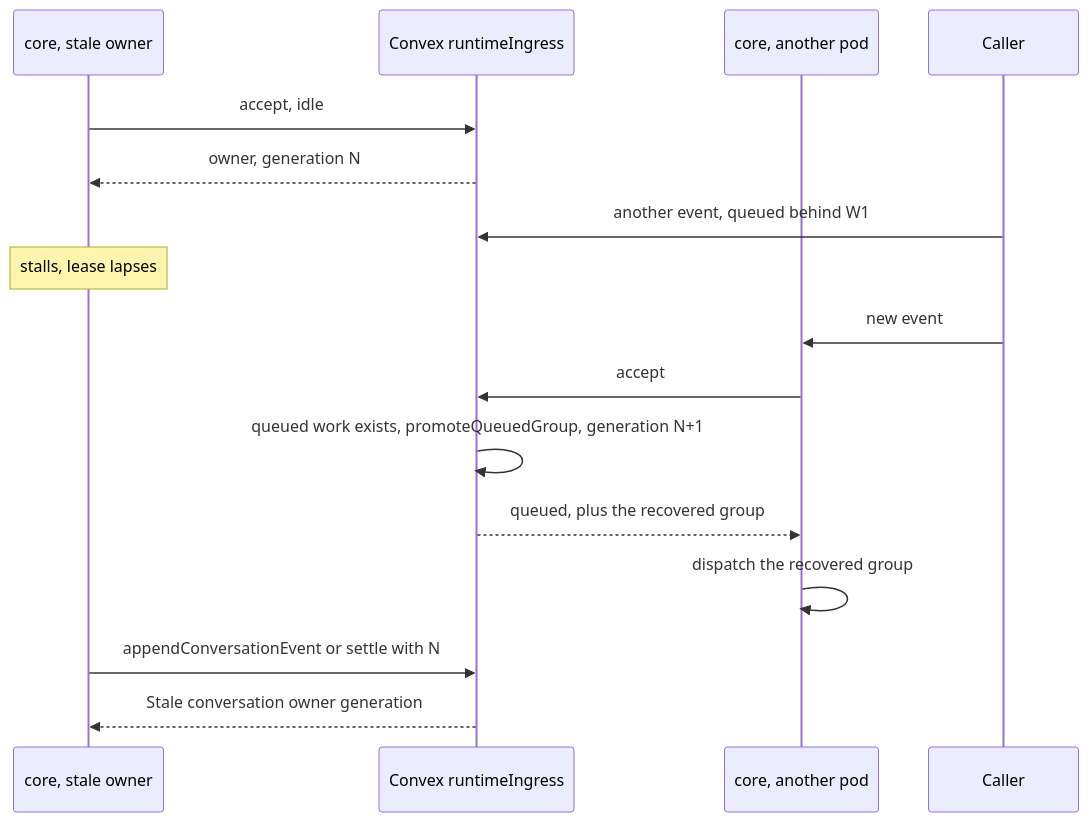
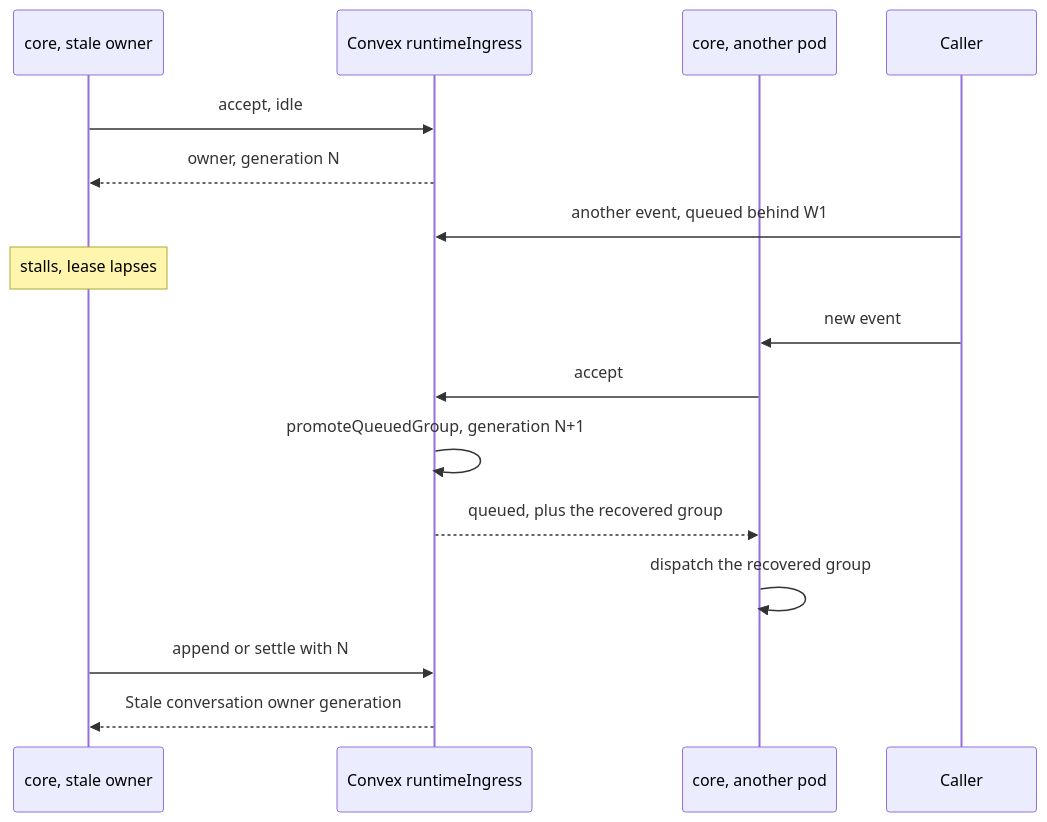
One commit to beeblastco/broods changed the fourth of 8 diagrams in apps/docs/docs/internals/queue-and-steer.md. Above: the diagram before and after it, drawn with Mermaid. The commit also changed other lines of this file and 13 other files, not shown here.

First line of the commit message:
docs(internals): diagram-first rewrite of the remaining internals pages

````diff
--- a/apps/docs/docs/internals/queue-and-steer.md
+++ b/apps/docs/docs/internals/queue-and-steer.md
@@ -89,19 +101,19 @@
 ```mermaid
 sequenceDiagram
   participant W1 as core, stale owner
   participant CX as Convex runtimeIngress
   participant W2 as core, another pod
   participant C as Caller
 
   W1->>CX: accept, idle
   CX-->>W1: owner, generation N
   C->>CX: another event, queued behind W1
   Note over W1: stalls, lease lapses
   C->>W2: new event
   W2->>CX: accept
-  CX->>CX: queued work exists, promoteQueuedGroup, generation N+1
+  CX->>CX: promoteQueuedGroup, generation N+1
   CX-->>W2: queued, plus the recovered group
   W2->>W2: dispatch the recovered group
-  W1->>CX: appendConversationEvent or settle with N
+  W1->>CX: append or settle with N
   CX-->>W1: Stale conversation owner generation
 ```
````
